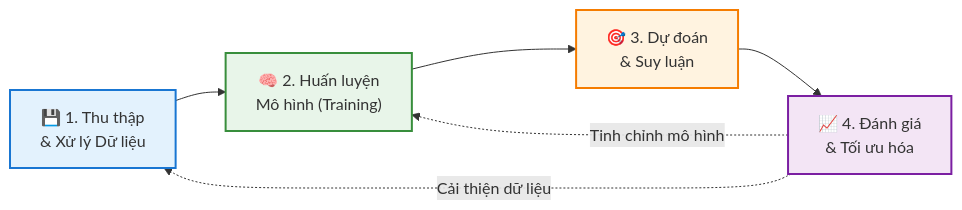
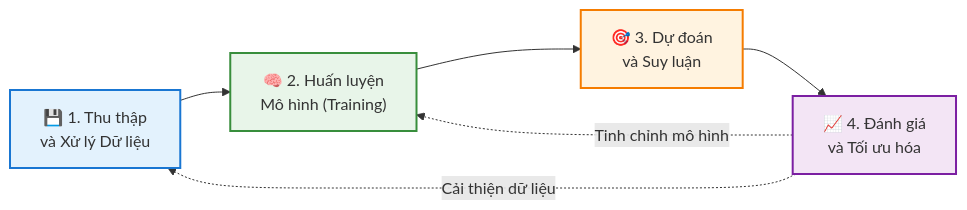
The diagram in Bog 2/main.md (ThanhKieuVT/AIO-2026---Warm-01), drawn with Mermaid before and after one commit. The commit also changed 1 other file, not shown here.

Commit message:
replace & to and

````diff
--- a/Bog 2/main.md
+++ b/Bog 2/main.md
@@ -15,13 +15,13 @@
 ```mermaid
 graph LR
-    A["💾 1. Thu thập<br/>& Xử lý Dữ liệu"] --> B["🧠 2. Huấn luyện<br/>Mô hình (Training)"]
-    B --> C["🎯 3. Dự đoán<br/>& Suy luận"]
-    C --> D["📈 4. Đánh giá<br/>& Tối ưu hóa"]
+    A["💾 1. Thu thập<br/>và Xử lý Dữ liệu"] --> B["🧠 2. Huấn luyện<br/>Mô hình (Training)"]
+    B --> C["🎯 3. Dự đoán<br/>và Suy luận"]
+    C --> D["📈 4. Đánh giá<br/>và Tối ưu hóa"]
     D -.->|Cải thiện dữ liệu| A
     D -.->|Tinh chỉnh mô hình| B
     
     style A fill:#e3f2fd,stroke:#1976d2,stroke-width:2px
     style B fill:#e8f5e9,stroke:#388e3c,stroke-width:2px
     style C fill:#fff3e0,stroke:#f57c00,stroke-width:2px
     style D fill:#f3e5f5,stroke:#7b1fa2,stroke-width:2px
 ```
````
